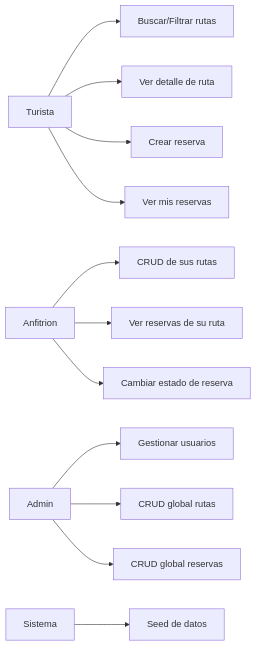
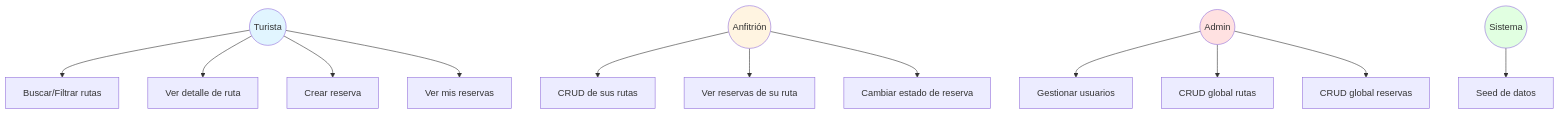
The first of 2 diagrams in README.md (maoyinggomez/rutascafetero), drawn with Mermaid before and after one commit. The commit also changed 3 other files, not shown here.

First line of the commit message:
Improve diagram and error handling for booking system

````diff
--- a/README.md
+++ b/README.md
@@ -24,17 +24,27 @@
 ```mermaid
-flowchart LR
-  Turista-->Buscar[Buscar/Filtrar rutas]
-  Turista-->Detalle[Ver detalle de ruta]
-  Turista-->Reservar[Crear reserva]
-  Turista-->MisRes[Ver mis reservas]
-
-  Anfitrion-->CR[CRUD de sus rutas]
-  Anfitrion-->VR[Ver reservas de su ruta]
-  Anfitrion-->CE[Cambiar estado de reserva]
-
-  Admin-->GU[Gestionar usuarios]
-  Admin-->GR[CRUD global rutas]
-  Admin-->GRes[CRUD global reservas]
-
-  Sistema-->Seed[Seed de datos]
+graph TB
+    Turista((Turista))
+    Anfitrion((Anfitrión))
+    Admin((Admin))
+    Sistema((Sistema))
+    
+    Turista --> UC1[Buscar/Filtrar rutas]
+    Turista --> UC2[Ver detalle de ruta]
+    Turista --> UC3[Crear reserva]
+    Turista --> UC4[Ver mis reservas]
+    
+    Anfitrion --> UC5[CRUD de sus rutas]
+    Anfitrion --> UC6[Ver reservas de su ruta]
+    Anfitrion --> UC7[Cambiar estado de reserva]
+    
+    Admin --> UC8[Gestionar usuarios]
+    Admin --> UC9[CRUD global rutas]
+    Admin --> UC10[CRUD global reservas]
+    
+    Sistema --> UC11[Seed de datos]
+    
+    style Turista fill:#e1f5ff
+    style Anfitrion fill:#fff4e1
+    style Admin fill:#ffe1e1
+    style Sistema fill:#e1ffe1
 ```
````
